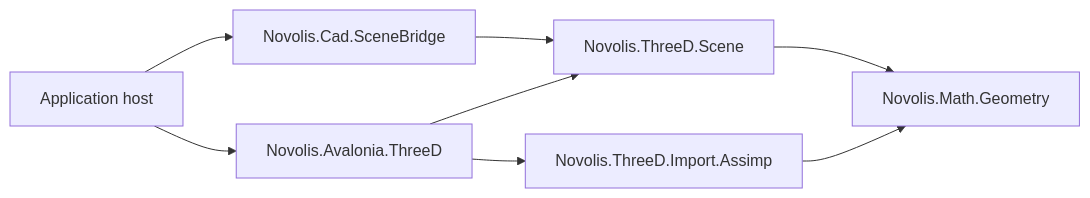
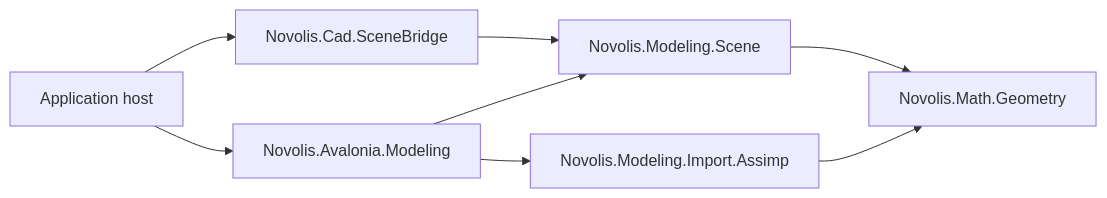
Before and after one commit to Novolis-Platform/novolis-3d: the diagram in docs/design.md, drawn with Mermaid. The commit also changed other lines of this file and 99 other files, not shown here.

Commit message:
Rename the ThreeD packages to Modeling so scene and import ids match the repo.

````diff
--- a/docs/design.md
+++ b/docs/design.md
@@ -9,17 +9,17 @@
 ```mermaid
 flowchart LR
   math[Novolis.Math.Geometry]
-  scene[Novolis.ThreeD.Scene]
-  import[Novolis.ThreeD.Import.Assimp]
+  scene[Novolis.Modeling.Scene]
+  import[Novolis.Modeling.Import.Assimp]
   cad[Novolis.Cad.SceneBridge]
-  ui[Novolis.Avalonia.ThreeD]
+  ui[Novolis.Avalonia.Modeling]
   app[Application host]
 
   scene --> math
   import --> math
   cad --> scene
   ui --> scene
   ui --> import
   app --> ui
   app --> cad
 ```
````
